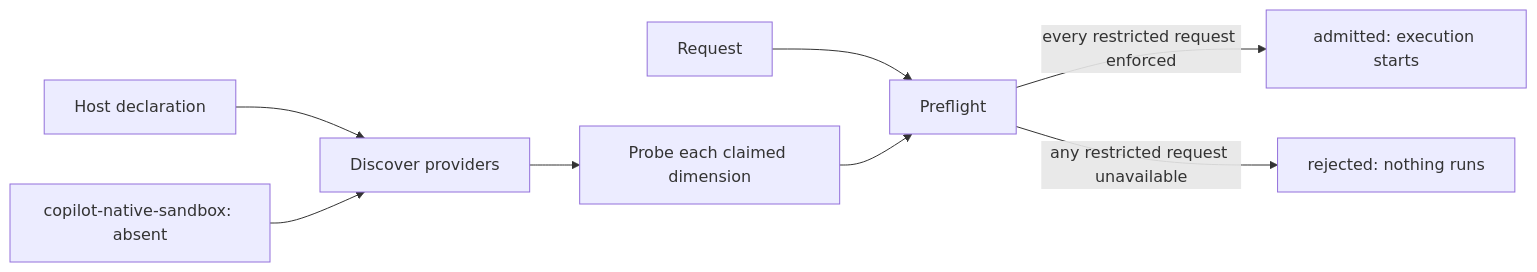
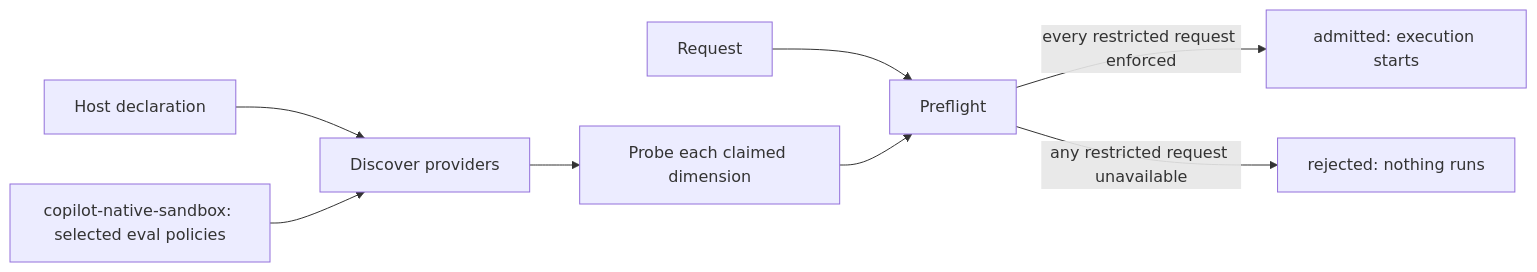
The diagram in site/src/content/docs/guides/execution-isolation.mdx (microsoft/waza), drawn with Mermaid before and after one commit. The commit also changed other lines of this file and 15 other files, not shown here.

````diff
--- a/site/src/content/docs/guides/execution-isolation.mdx
+++ b/site/src/content/docs/guides/execution-isolation.mdx
@@ -109,10 +110,10 @@
 ```mermaid
 flowchart LR
   R[Request] --> P[Preflight]
   H[Host declaration] --> D[Discover providers]
-  N[copilot-native-sandbox: absent] --> D
+  N[copilot-native-sandbox: selected eval policies] --> D
   D --> Q[Probe each claimed dimension]
   Q --> P
   P -->|every restricted request enforced| A[admitted: execution starts]
   P -->|any restricted request unavailable| X[rejected: nothing runs]
 ```
````
